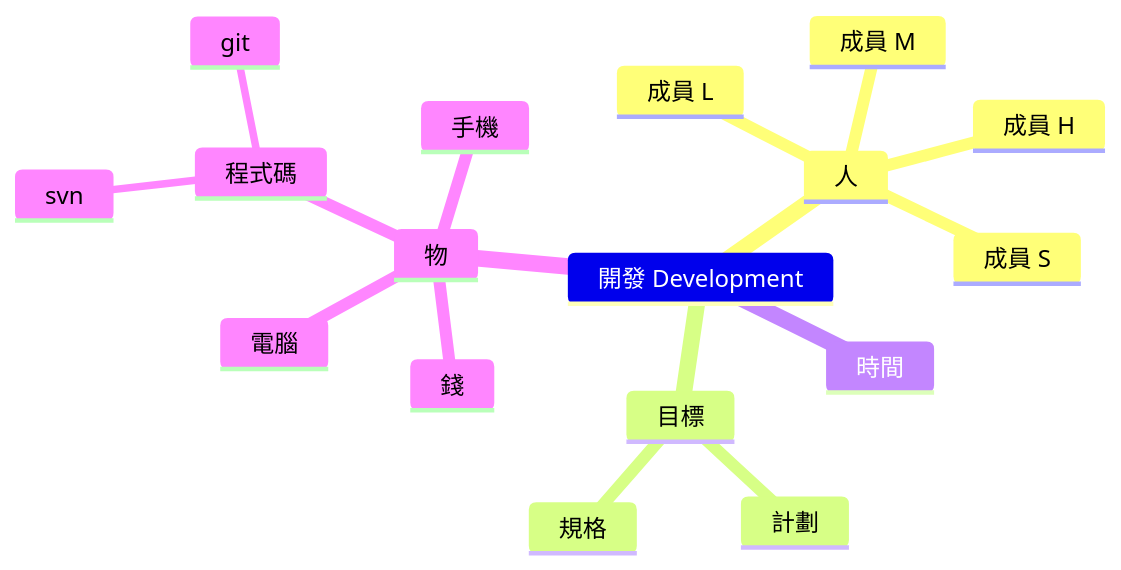
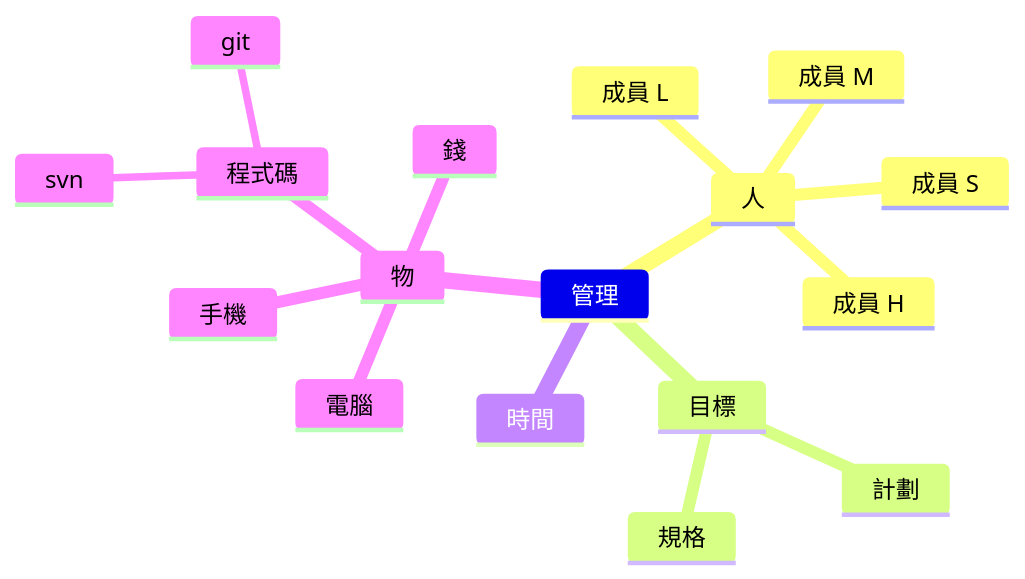
The first of 3 diagrams in helper_DevelopmentandManage.md (lankahsu520/HelperX), drawn with Mermaid before and after one commit. The commit also changed other lines of this file, not shown here.

````diff
--- a/helper_DevelopmentandManage.md
+++ b/helper_DevelopmentandManage.md
@@ -201,20 +201,20 @@
 ```mermaid
 mindmap
-	開發 Development
+	管理
 		人
 			成員 L
 			成員 M
 			成員 S
 			成員 H
 		目標
 			計劃
 			規格
 		時間
 		物
 			錢
 			電腦
 			手機
 			程式碼
 				svn
 				git
 ```
````
